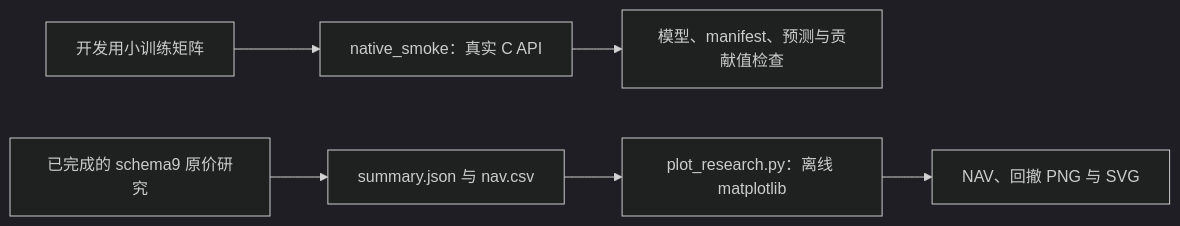
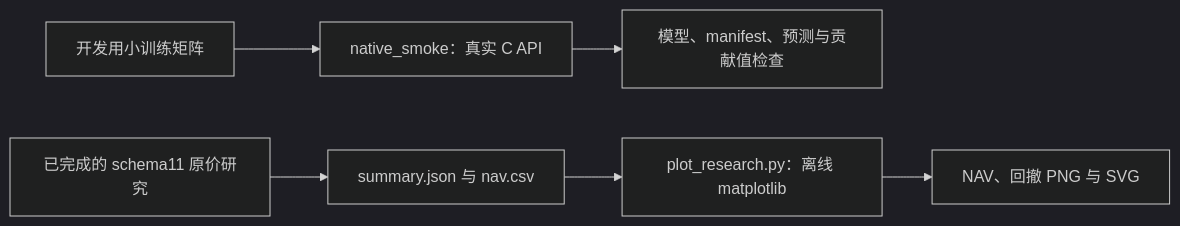
Before and after one commit to Dennishaha/JFQuant: the first of 2 diagrams in crates/ml/examples/README.md, drawn with Mermaid (dark theme). The commit also changed other lines of this file and 71 other files, not shown here.

````diff
--- a/crates/ml/examples/README.md
+++ b/crates/ml/examples/README.md
@@ -11,8 +11,8 @@
 ```mermaid
 flowchart LR
   SMALL["开发用小训练矩阵"] --> SMOKE["native_smoke：真实 C API"]
   SMOKE --> ART["模型、manifest、预测与贡献值检查"]
-  RESEARCH["已完成的 schema9 原价研究"] --> JSON["summary.json 与 nav.csv"]
+  RESEARCH["已完成的 schema11 原价研究"] --> JSON["summary.json 与 nav.csv"]
   JSON --> PLOT["plot_research.py：离线 matplotlib"]
   PLOT --> FIG["NAV、回撤 PNG 与 SVG"]
 ```
````
